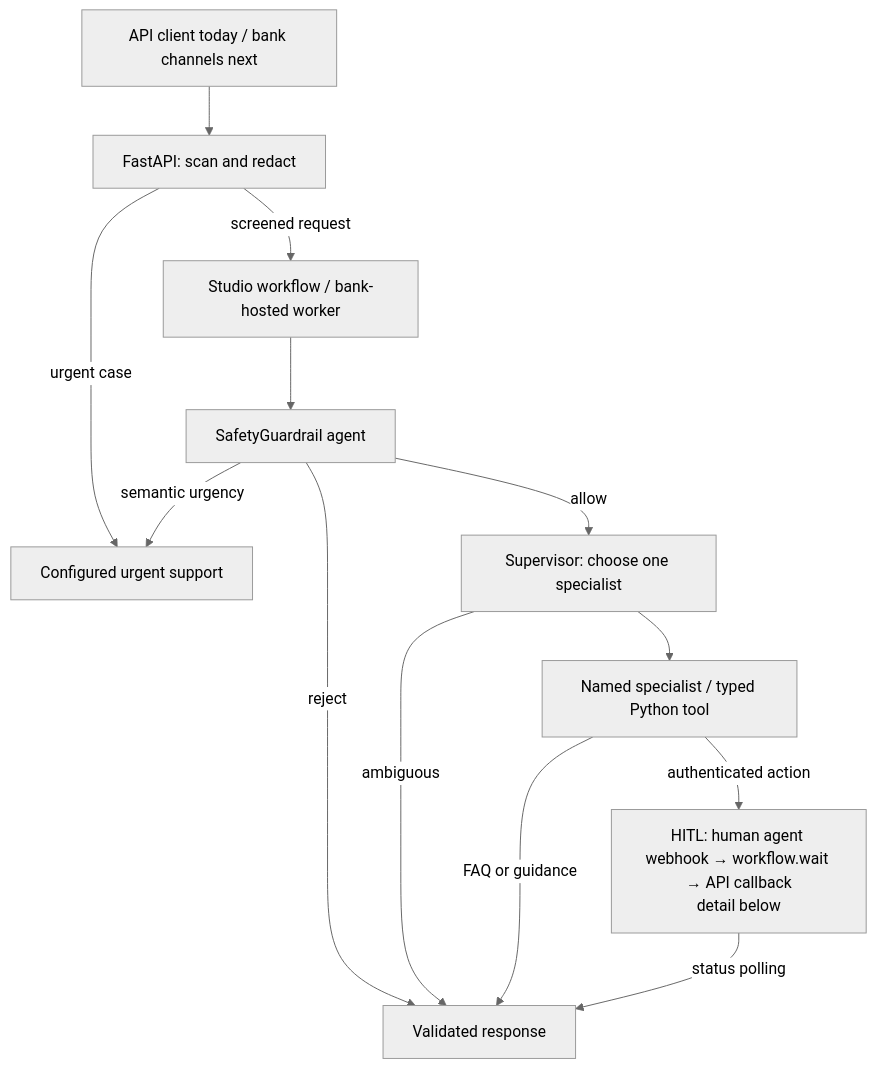
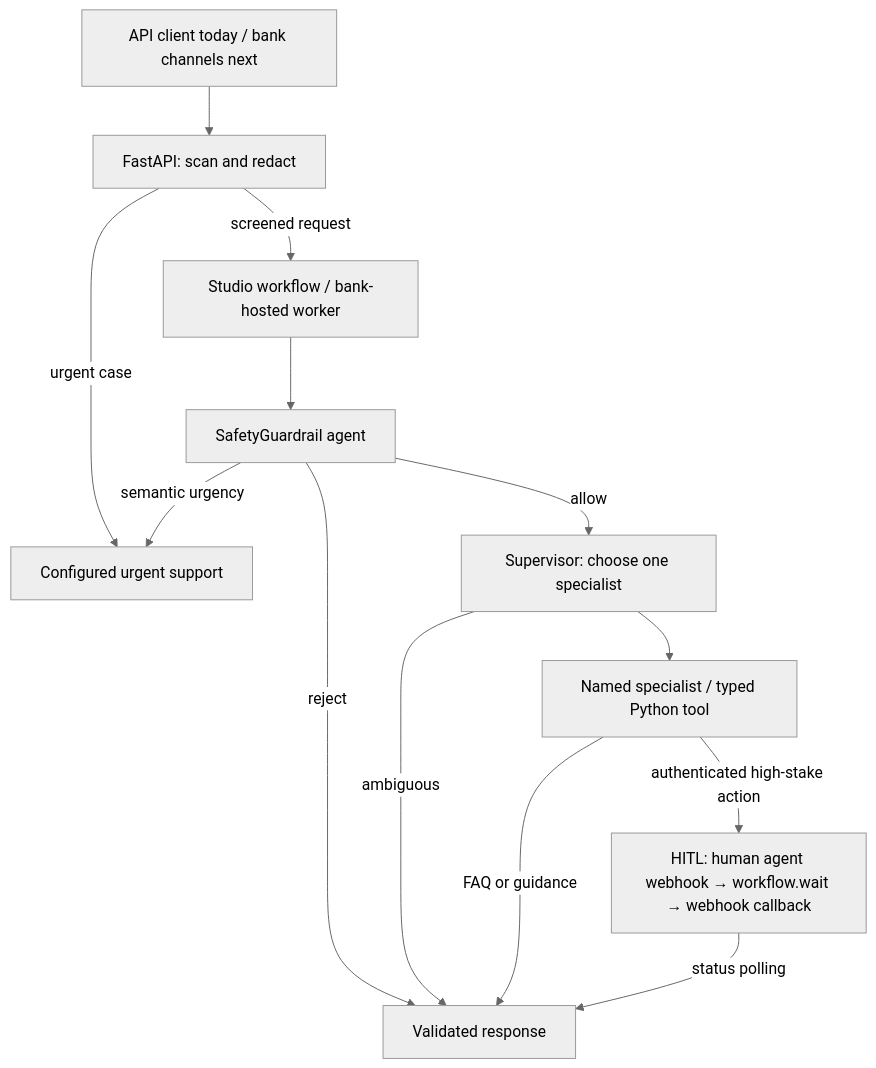
The first of 2 diagrams in README.md (itarafdar/hdfc_mistral_mvp), drawn with Mermaid (neutral theme) before and after one commit.

````diff
--- a/README.md
+++ b/README.md
@@ -13,15 +13,15 @@
 ```mermaid
 flowchart TD
     A[API client today / bank channels next] --> B[FastAPI: scan and redact]
     B -->|urgent case| U[Configured urgent support]
     B -->|screened request| W[Studio workflow / bank-hosted worker]
     W --> G[SafetyGuardrail agent]
     G -->|semantic urgency| U
     G -->|allow| S[Supervisor: choose one specialist]
     G -->|reject| R[Validated response]
     S -->|ambiguous| R
     S --> C[Named specialist / typed Python tool]
     C -->|FAQ or guidance| R
-    C -->|authenticated action| H["HITL: human agent webhook → workflow.wait → API callback<br/>detail below"]
+    C -->|authenticated high-stake action| H["HITL: human agent webhook → workflow.wait → webhook callback"]
     H -->|status polling| R
 ```
````
